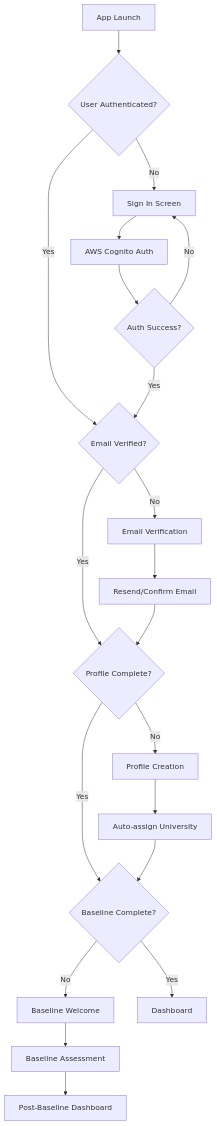
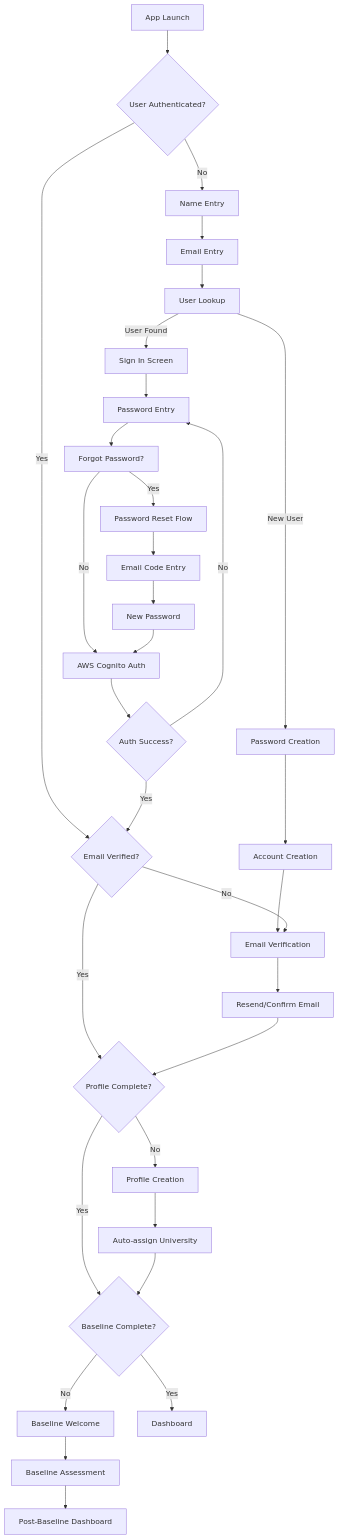
One commit to ColwallKeith/mind-measure-docs changed the diagram in pages/mobile/overview.mdx. Above: the diagram before and after it, drawn with Mermaid. The commit also changed other lines of this file and 64 other files, not shown here.

````diff
--- a/pages/mobile/overview.mdx
+++ b/pages/mobile/overview.mdx
@@ -54,22 +58,34 @@
 ```mermaid
 graph TD
     A[App Launch] --> B{User Authenticated?}
-    B -->|No| C[Sign In Screen]
+    B -->|No| C[Name Entry]
     B -->|Yes| D{Email Verified?}
-    C --> E[AWS Cognito Auth]
-    E --> F{Auth Success?}
-    F -->|No| C
-    F -->|Yes| D
-    D -->|No| G[Email Verification]
-    D -->|Yes| H{Profile Complete?}
-    G --> I[Resend/Confirm Email]
-    I --> H
-    H -->|No| J[Profile Creation]
-    H -->|Yes| K{Baseline Complete?}
-    J --> L[Auto-assign University]
-    L --> K
-    K -->|No| M[Baseline Welcome]
-    K -->|Yes| N[Dashboard]
-    M --> O[Baseline Assessment]
-    O --> P[Post-Baseline Dashboard]
+    C --> E[Email Entry]
+    E --> F[User Lookup]
+    F -->|User Found| G[Sign In Screen]
+    F -->|New User| H[Password Creation]
+    G --> I[Password Entry]
+    I --> J[Forgot Password?]
+    J -->|Yes| K[Password Reset Flow]
+    J -->|No| L[AWS Cognito Auth]
+    K --> M[Email Code Entry]
+    M --> N[New Password]
+    N --> L
+    L --> O{Auth Success?}
+    O -->|No| I
+    O -->|Yes| D
+    H --> P[Account Creation]
+    P --> Q[Email Verification]
+    D -->|No| Q
+    D -->|Yes| R{Profile Complete?}
+    Q --> S[Resend/Confirm Email]
+    S --> R
+    R -->|No| T[Profile Creation]
+    R -->|Yes| U{Baseline Complete?}
+    T --> V[Auto-assign University]
+    V --> U
+    U -->|No| W[Baseline Welcome]
+    U -->|Yes| X[Dashboard]
+    W --> Y[Baseline Assessment]
+    Y --> Z[Post-Baseline Dashboard]
 ```
````
